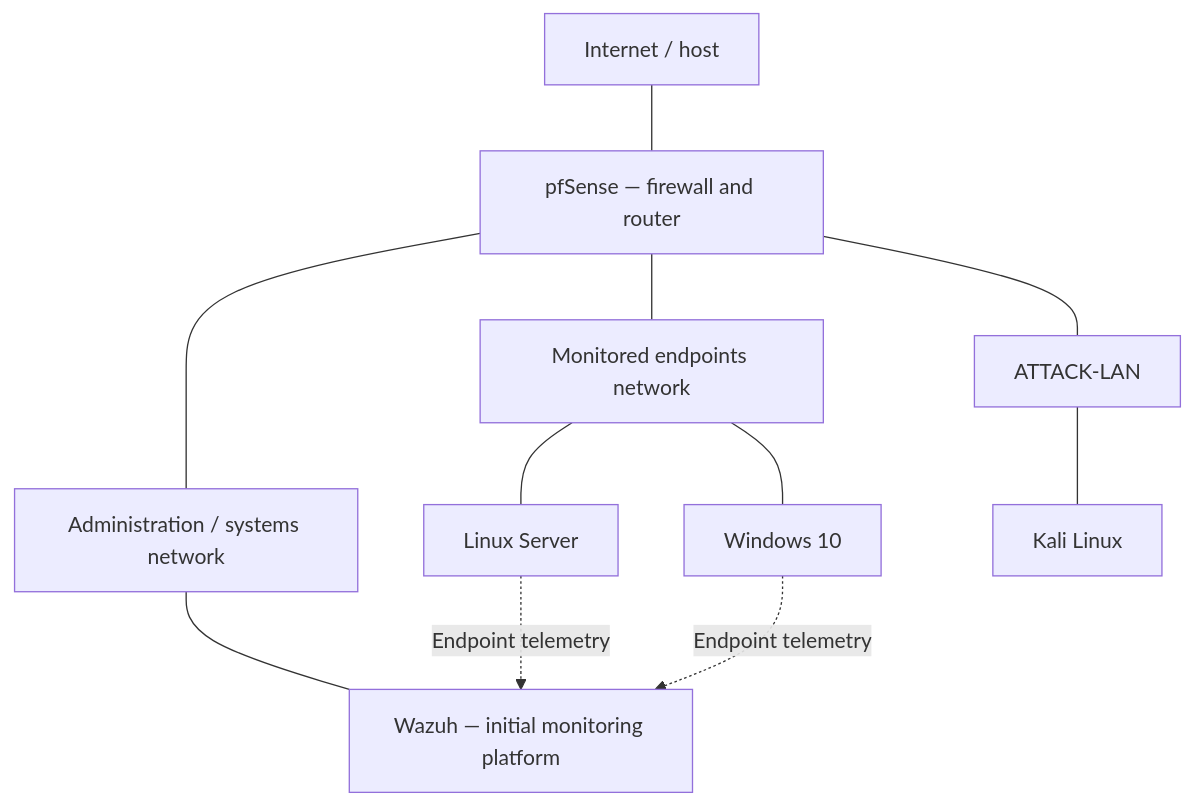
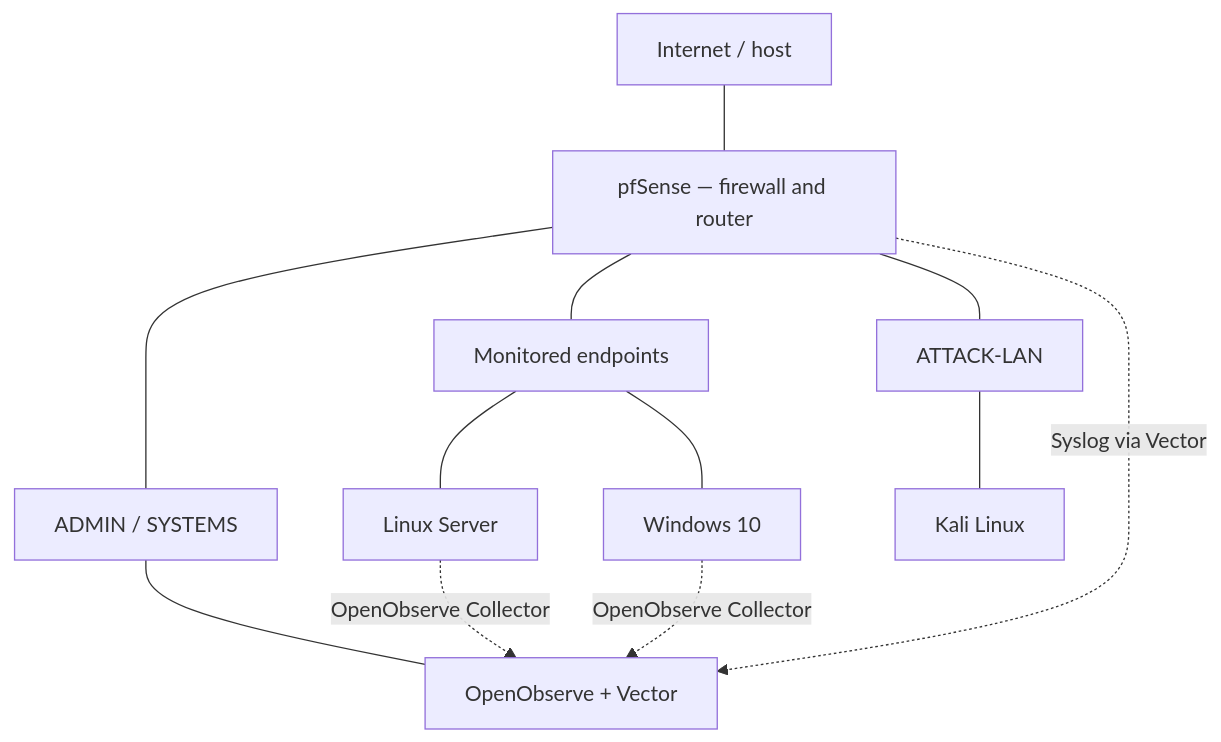
The diagram in README.md (Kelson-D-Pedro/SOC-LAB), drawn with Mermaid before and after one commit. The commit also changed other lines of this file, not shown here.

First line of the commit message:
Document redesigned OpenObserve architecture

````diff
--- a/README.md
+++ b/README.md
@@ -11,13 +11,14 @@
 ```mermaid
 flowchart TB
     H[Internet / host] --- F[pfSense — firewall and router]
-    F --- A[Administration / systems network]
-    F --- E[Monitored endpoints network]
+    F --- A[ADMIN / SYSTEMS]
+    F --- E[Monitored endpoints]
     F --- T[ATTACK-LAN]
-    A --- S[Wazuh — initial monitoring platform]
+    A --- S[OpenObserve + Vector]
     E --- L[Linux Server]
     E --- W[Windows 10]
     T --- K[Kali Linux]
-    L -. Endpoint telemetry .-> S
-    W -. Endpoint telemetry .-> S
+    L -. OpenObserve Collector .-> S
+    W -. OpenObserve Collector .-> S
+    F -. Syslog via Vector .-> S
 ```
````
